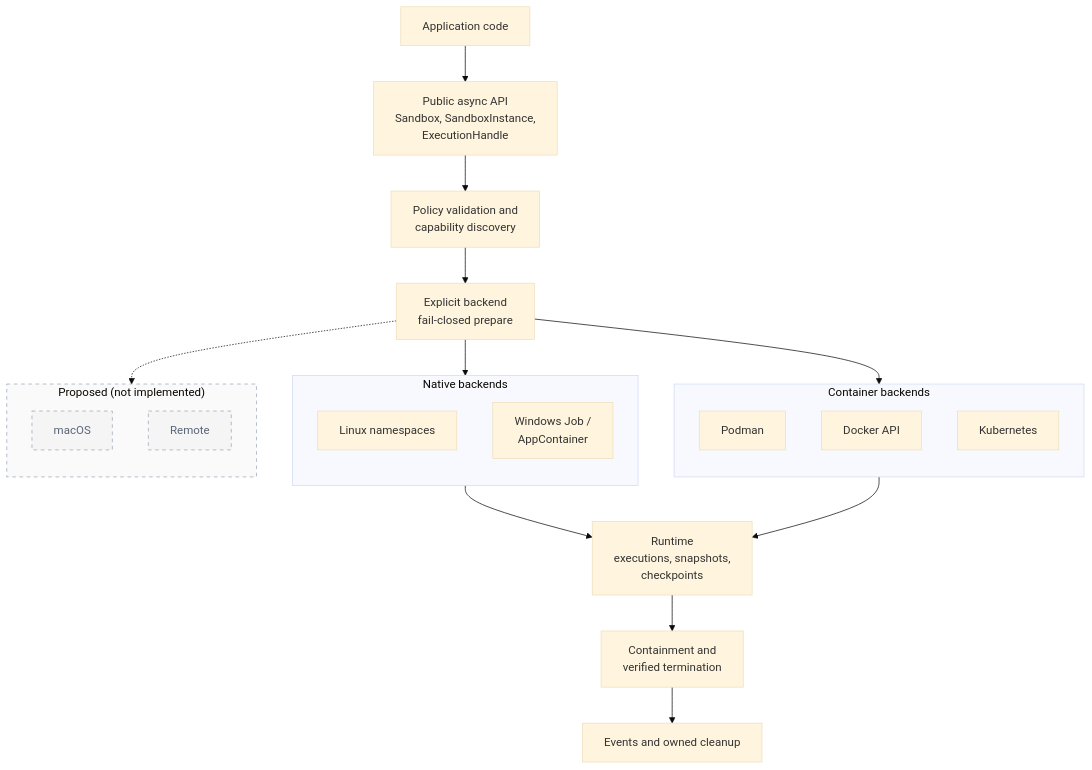
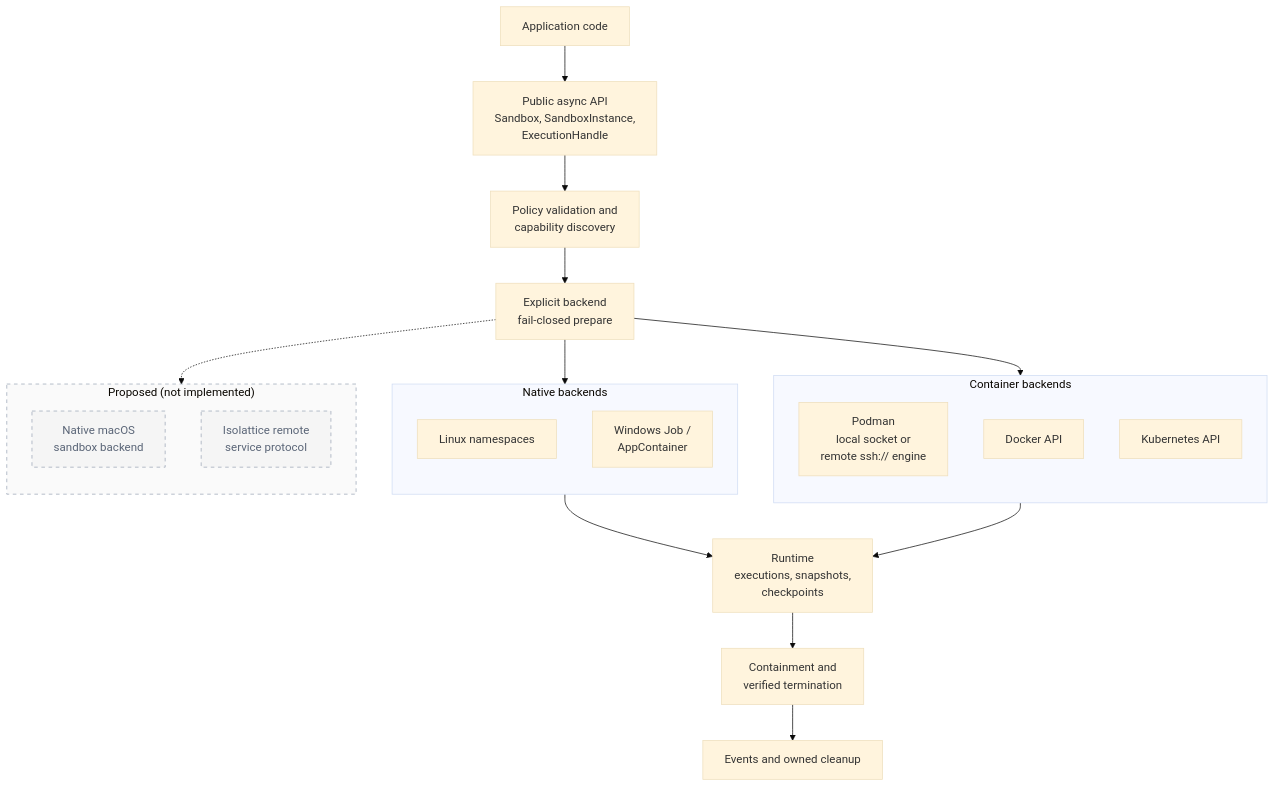
The diagram in diagrams/architecture-overview.mmd (smuniharish/isolattice), drawn with Mermaid (base theme) before and after one commit. The commit also changed 19 other files, not shown here.

First line of the commit message:
Test remote Podman over SSH in CI and document tested platforms

```diff
--- a/diagrams/architecture-overview.mmd
+++ b/diagrams/architecture-overview.mmd
@@ -1,30 +1,30 @@
 flowchart TD
     App["Application code"] --> API["Public async API<br/>Sandbox, SandboxInstance,<br/>ExecutionHandle"]
     API --> Policy["Policy validation and<br/>capability discovery"]
     Policy --> Select["Explicit backend<br/>fail-closed prepare"]
     Select --> Native
     Select --> Containers
     Select -.-> Proposed
     subgraph Native["Native backends"]
         direction TB
         Linux["Linux namespaces"]
         Windows["Windows Job /<br/>AppContainer"]
     end
     subgraph Containers["Container backends"]
         direction TB
-        Podman["Podman"]
+        Podman["Podman<br/>local socket or<br/>remote ssh:// engine"]
         Docker["Docker API"]
-        K8s["Kubernetes"]
+        K8s["Kubernetes API"]
     end
     subgraph Proposed["Proposed (not implemented)"]
         direction TB
-        MacOS["macOS"]
-        Remote["Remote"]
+        MacOS["Native macOS<br/>sandbox backend"]
+        Remote["Isolattice remote<br/>service protocol"]
     end
     Native --> Runtime["Runtime<br/>executions, snapshots,<br/>checkpoints"]
     Containers --> Runtime
     Runtime --> Term["Containment and<br/>verified termination"]
     Term --> Events["Events and owned cleanup"]
     classDef proposed fill:#f5f5f5,stroke:#9aa5b5,stroke-dasharray:5 5,color:#5a6577
     class MacOS,Remote proposed
     style Proposed fill:#fafafa,stroke:#9aa5b5,stroke-dasharray:5 5
```
